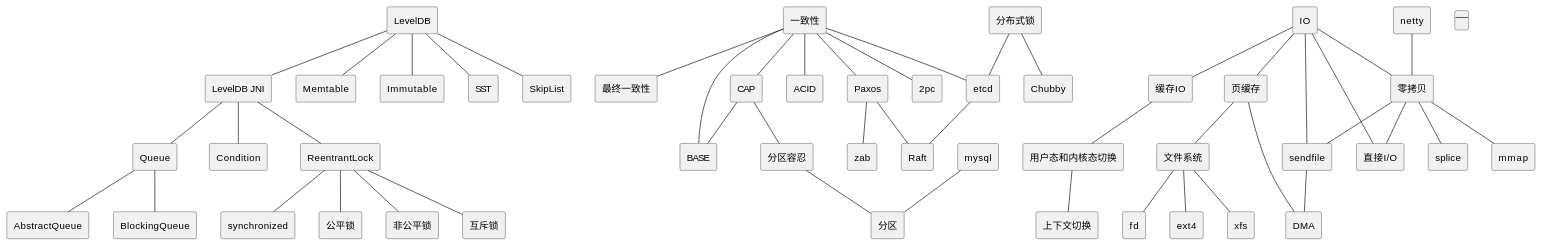
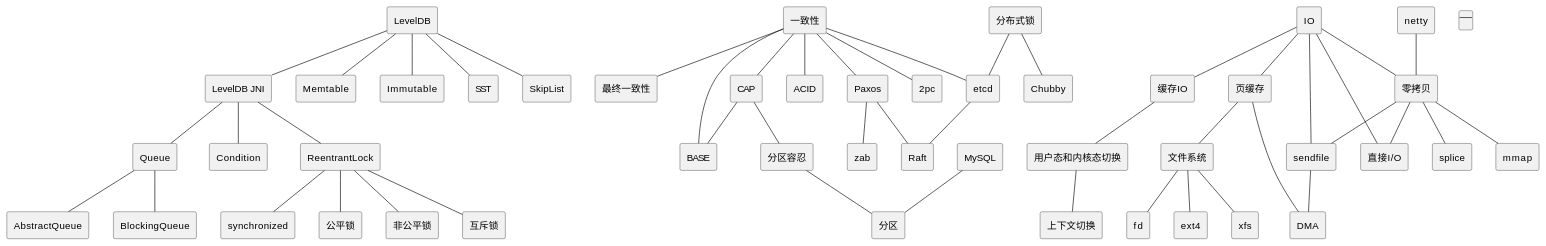
Before and after one commit to wiloon/blog: the diagram in content/post/archive-1/2015-08-06-dev.md, drawn with PlantUML. The commit also changed other lines of this file and 147 other files, not shown here.

```diff
--- a/content/post/archive-1/2015-08-06-dev.md
+++ b/content/post/archive-1/2015-08-06-dev.md
@@ -129,7 +129,7 @@
 [BASE] as base
 [分区容忍] as partition_tolerance
 [分区] as partition
-[mysql]
+[MySQL]
 [ACID] as acid
 [netty]
 [零拷贝] as zero_copy
@@ -165,7 +165,7 @@
 cap--base
 consistency--cap
 partition_tolerance--partition
-mysql--partition
+MySQL--partition
 consistency--eventual_consistency
 consistency--acid
 consistency--base
```
